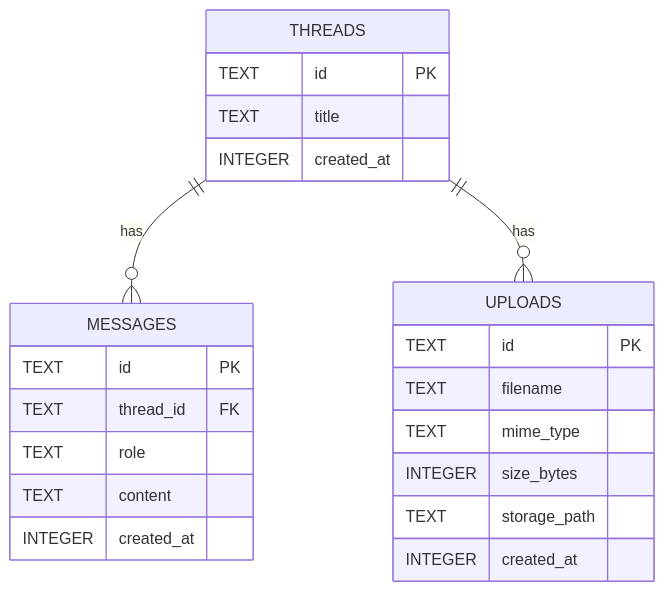
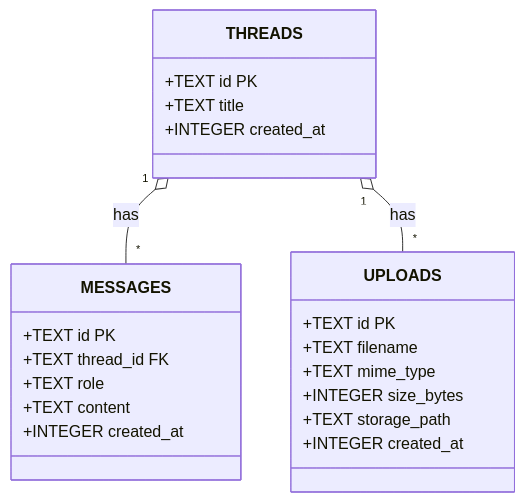
The diagram in docs/diagrams/erd.mmd (MS0C54073/ai-chat), drawn with Mermaid before and after one commit. The commit also changed 12 other files, not shown here.

````diff
--- a/docs/diagrams/erd.mmd
+++ b/docs/diagrams/erd.mmd
@@ -1,28 +1,26 @@
-```mermaid
-erDiagram
-  THREADS {
-    TEXT id PK
-    TEXT title
-    INTEGER created_at
+classDiagram
+  class THREADS {
+    +TEXT id PK
+    +TEXT title
+    +INTEGER created_at
   }
 
-  MESSAGES {
-    TEXT id PK
-    TEXT thread_id FK
-    TEXT role
-    TEXT content
-    INTEGER created_at
+  class MESSAGES {
+    +TEXT id PK
+    +TEXT thread_id FK
+    +TEXT role
+    +TEXT content
+    +INTEGER created_at
   }
 
-  UPLOADS {
-    TEXT id PK
-    TEXT filename
-    TEXT mime_type
-    INTEGER size_bytes
-    TEXT storage_path
-    INTEGER created_at
+  class UPLOADS {
+    +TEXT id PK
+    +TEXT filename
+    +TEXT mime_type
+    +INTEGER size_bytes
+    +TEXT storage_path
+    +INTEGER created_at
   }
 
-  THREADS ||--o{ MESSAGES : has
-  THREADS ||--o{ UPLOADS : has
-```
+  THREADS "1" o-- "*" MESSAGES : has
+  THREADS "1" o-- "*" UPLOADS : has
````
